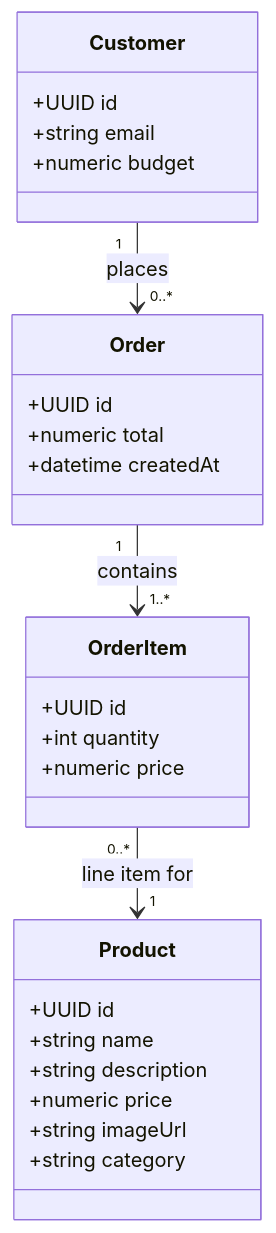
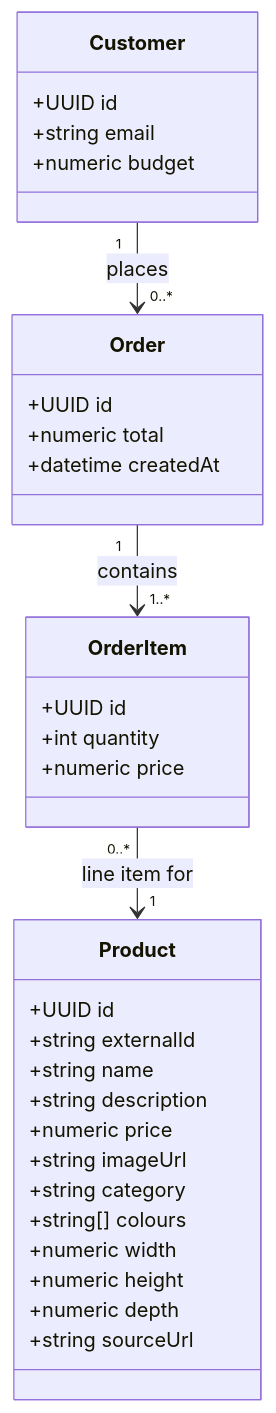
One commit to tinawu-research/my-furniture-buyer-app changed the diagram in architecture.md. Above: the diagram before and after it, drawn with Mermaid. The commit also changed other lines of this file and 8 other files, not shown here.

````diff
--- a/architecture.md
+++ b/architecture.md
@@ -13,30 +13,36 @@
 ```mermaid
 classDiagram
     class Customer {
         +UUID id
         +string email
         +numeric budget
     }
     class Product {
         +UUID id
+        +string externalId
         +string name
         +string description
         +numeric price
         +string imageUrl
         +string category
+        +string[] colours
+        +numeric width
+        +numeric height
+        +numeric depth
+        +string sourceUrl
     }
     class Order {
         +UUID id
         +numeric total
         +datetime createdAt
     }
     class OrderItem {
         +UUID id
         +int quantity
         +numeric price
     }
 
     Customer "1" --> "0..*" Order : places
     Order "1" --> "1..*" OrderItem : contains
     OrderItem "0..*" --> "1" Product : line item for
 ```
````
